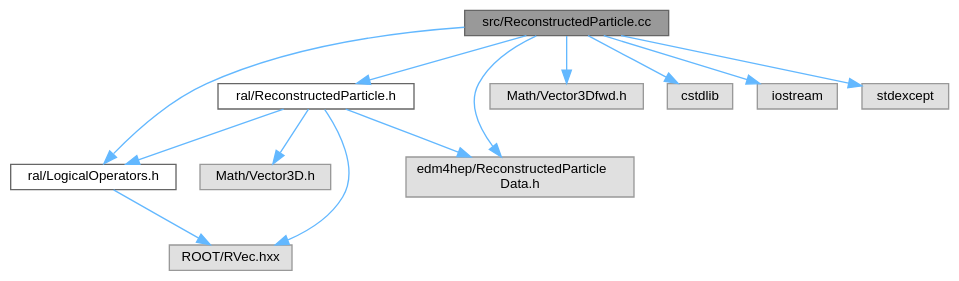
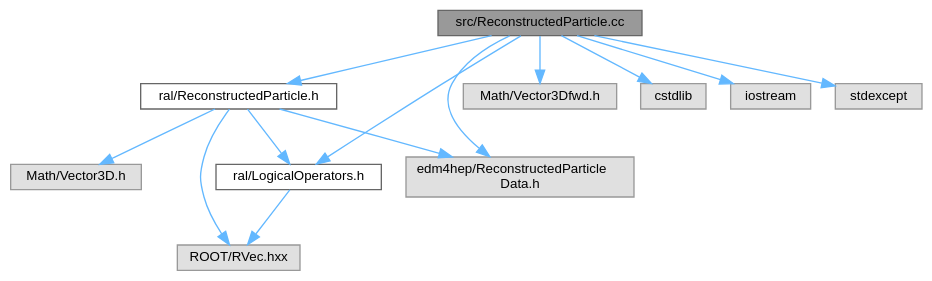
Before and after one commit to Juanki0396/ral: the diagram in docs/ReconstructedParticle_8cc__incl.dot, drawn with Graphviz. The commit also changed 7 other files, not shown here.

```diff
--- a/docs/ReconstructedParticle_8cc__incl.dot
+++ b/docs/ReconstructedParticle_8cc__incl.dot
@@ -1,29 +1,29 @@
 digraph "src/ReconstructedParticle.cc"
 {
  // LATEX_PDF_SIZE
   bgcolor="transparent";
   edge [fontname=Helvetica,fontsize=10,labelfontname=Helvetica,labelfontsize=10];
   node [fontname=Helvetica,fontsize=10,shape=box,height=0.2,width=0.4];
   Node1 [id="Node000001",label="src/ReconstructedParticle.cc",height=0.2,width=0.4,color="gray40", fillcolor="grey60", style="filled", fontcolor="black",tooltip=" "];
   Node1 -> Node2 [id="edge1_Node000001_Node000002",color="steelblue1",style="solid",tooltip=" "];
   Node2 [id="Node000002",label="ral/ReconstructedParticle.h",height=0.2,width=0.4,color="grey40", fillcolor="white", style="filled",URL="$ReconstructedParticle_8h.html",tooltip=" "];
   Node2 -> Node3 [id="edge2_Node000002_Node000003",color="steelblue1",style="solid",tooltip=" "];
   Node3 [id="Node000003",label="Math/Vector3D.h",height=0.2,width=0.4,color="grey60", fillcolor="#E0E0E0", style="filled",tooltip=" "];
   Node2 -> Node4 [id="edge3_Node000002_Node000004",color="steelblue1",style="solid",tooltip=" "];
-  Node4 [id="Node000004",label="ral/LogicalOperators.h",height=0.2,width=0.4,color="grey40", fillcolor="white", style="filled",URL="$LogicalOperators_8h.html",tooltip=" "];
-  Node4 -> Node5 [id="edge4_Node000004_Node000005",color="steelblue1",style="solid",tooltip=" "];
-  Node5 [id="Node000005",label="ROOT/RVec.hxx",height=0.2,width=0.4,color="grey60", fillcolor="#E0E0E0", style="filled",tooltip=" "];
-  Node2 -> Node5 [id="edge5_Node000002_Node000005",color="steelblue1",style="solid",tooltip=" "];
-  Node2 -> Node6 [id="edge6_Node000002_Node000006",color="steelblue1",style="solid",tooltip=" "];
-  Node6 [id="Node000006",label="edm4hep/ReconstructedParticle\lData.h",height=0.2,width=0.4,color="grey60", fillcolor="#E0E0E0", style="filled",tooltip=" "];
-  Node1 -> Node4 [id="edge7_Node000001_Node000004",color="steelblue1",style="solid",tooltip=" "];
+  Node4 [id="Node000004",label="ROOT/RVec.hxx",height=0.2,width=0.4,color="grey60", fillcolor="#E0E0E0", style="filled",tooltip=" "];
+  Node2 -> Node5 [id="edge4_Node000002_Node000005",color="steelblue1",style="solid",tooltip=" "];
+  Node5 [id="Node000005",label="edm4hep/ReconstructedParticle\lData.h",height=0.2,width=0.4,color="grey60", fillcolor="#E0E0E0", style="filled",tooltip=" "];
+  Node2 -> Node6 [id="edge5_Node000002_Node000006",color="steelblue1",style="solid",tooltip=" "];
+  Node6 [id="Node000006",label="ral/LogicalOperators.h",height=0.2,width=0.4,color="grey40", fillcolor="white", style="filled",URL="$LogicalOperators_8h.html",tooltip=" "];
+  Node6 -> Node4 [id="edge6_Node000006_Node000004",color="steelblue1",style="solid",tooltip=" "];
+  Node1 -> Node6 [id="edge7_Node000001_Node000006",color="steelblue1",style="solid",tooltip=" "];
   Node1 -> Node7 [id="edge8_Node000001_Node000007",color="steelblue1",style="solid",tooltip=" "];
   Node7 [id="Node000007",label="Math/Vector3Dfwd.h",height=0.2,width=0.4,color="grey60", fillcolor="#E0E0E0", style="filled",tooltip=" "];
   Node1 -> Node8 [id="edge9_Node000001_Node000008",color="steelblue1",style="solid",tooltip=" "];
   Node8 [id="Node000008",label="cstdlib",height=0.2,width=0.4,color="grey60", fillcolor="#E0E0E0", style="filled",tooltip=" "];
-  Node1 -> Node6 [id="edge10_Node000001_Node000006",color="steelblue1",style="solid",tooltip=" "];
+  Node1 -> Node5 [id="edge10_Node000001_Node000005",color="steelblue1",style="solid",tooltip=" "];
   Node1 -> Node9 [id="edge11_Node000001_Node000009",color="steelblue1",style="solid",tooltip=" "];
   Node9 [id="Node000009",label="iostream",height=0.2,width=0.4,color="grey60", fillcolor="#E0E0E0", style="filled",tooltip=" "];
   Node1 -> Node10 [id="edge12_Node000001_Node000010",color="steelblue1",style="solid",tooltip=" "];
   Node10 [id="Node000010",label="stdexcept",height=0.2,width=0.4,color="grey60", fillcolor="#E0E0E0", style="filled",tooltip=" "];
 }
```
